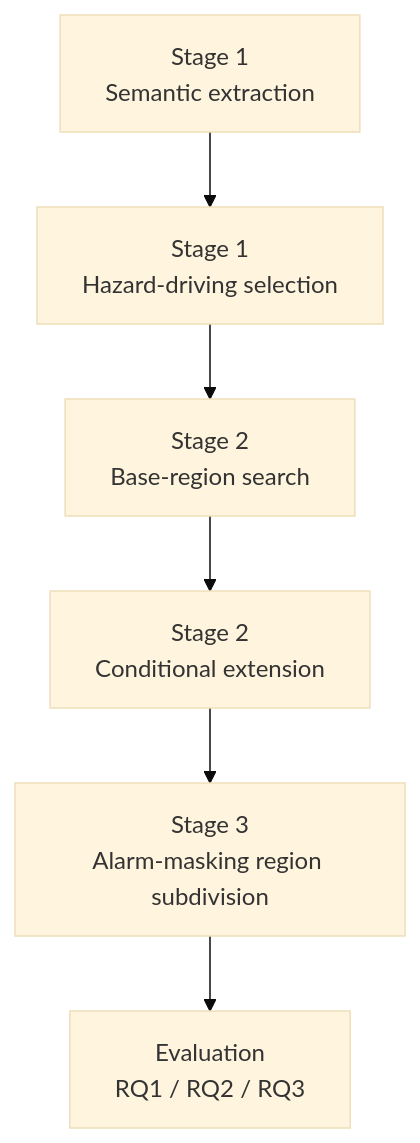
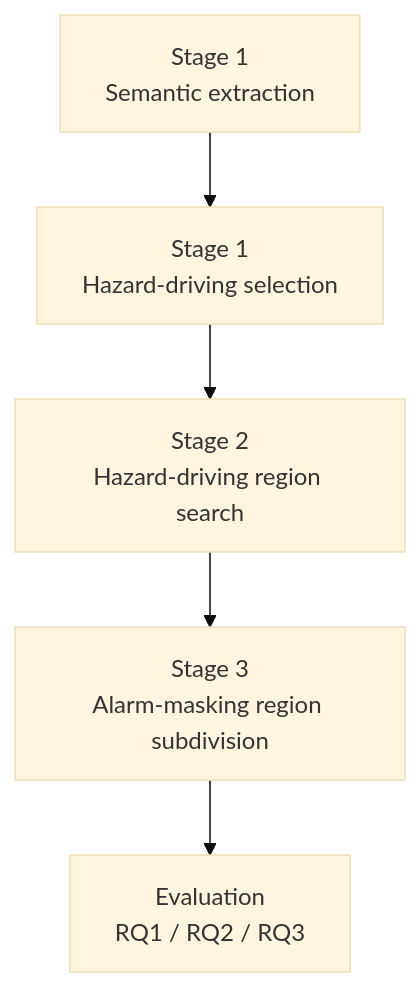
Before and after one commit to sekura-back/CRAVE: the diagram in README.md, drawn with Mermaid (base theme). The commit also changed other lines of this file, not shown here.

````diff
--- a/README.md
+++ b/README.md
@@ -7,8 +7,8 @@
 ```mermaid
 flowchart TD
     A["Stage 1<br/>Semantic extraction"] --> B["Stage 1<br/>Hazard-driving selection"]
-    B --> C["Stage 2<br/>Base-region search"]
-    C --> D["Stage 2<br/>Conditional extension"]
-    D --> E["Stage 3<br/>Alarm-masking region subdivision"]
+    B --> C["Stage 2<br/>Hazard-driving region search"]
+    C --> E["Stage 3<br/>Alarm-masking region subdivision"]
     E --> F["Evaluation<br/>RQ1 / RQ2 / RQ3"]
+
 ```
````
